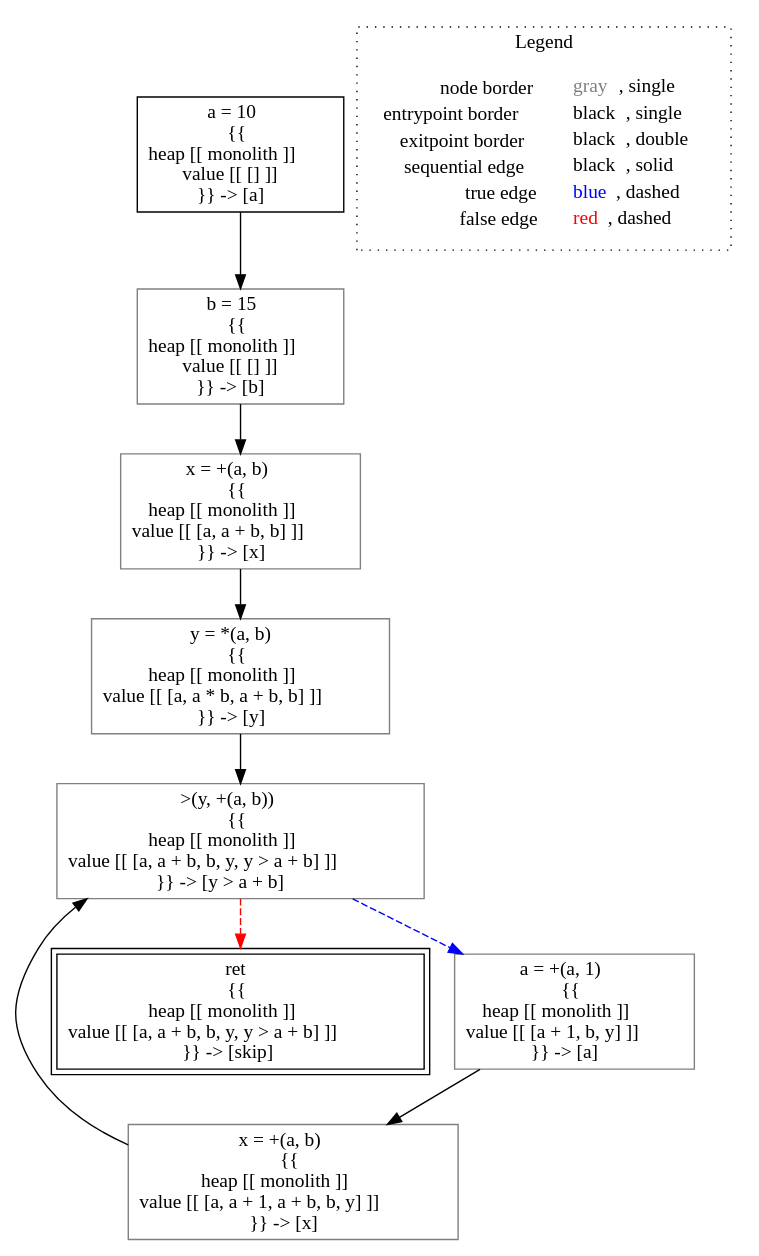
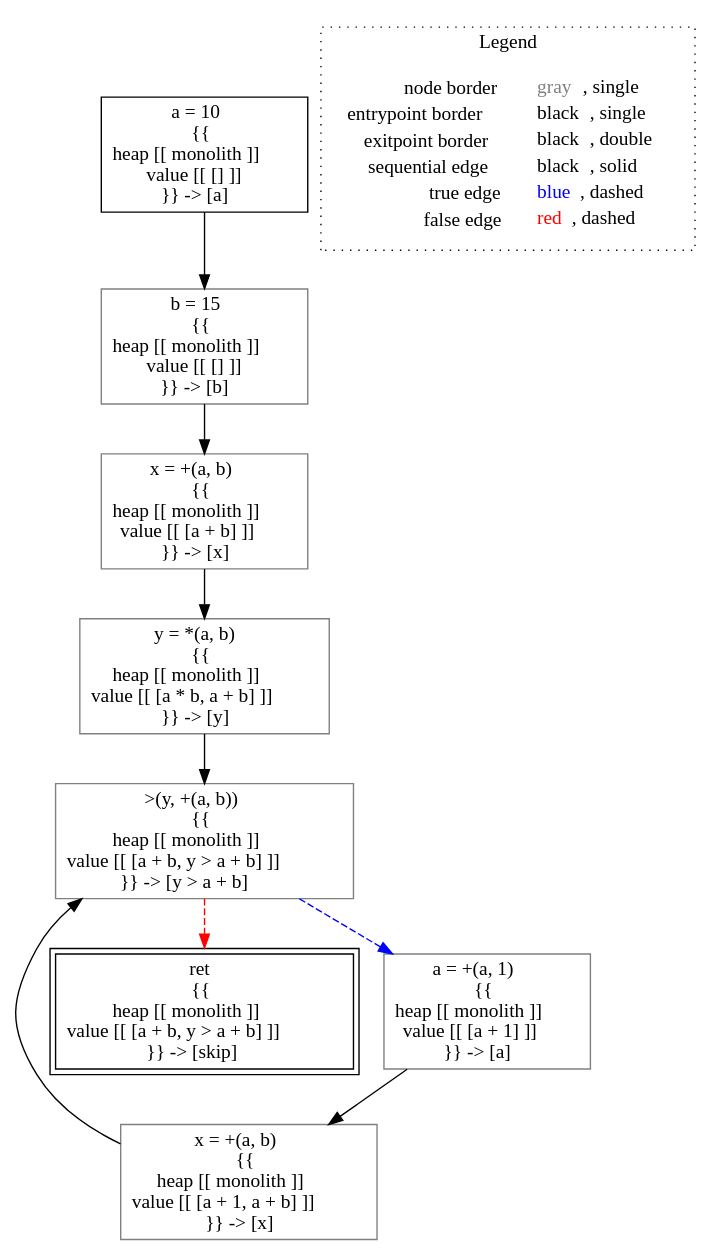
The diagram in outputs/analysis___untyped_AvailableExpressions.dataFlowTest(AvailableExpressions__this).dot (lucaneg/scsr-2022), drawn with Graphviz before and after one commit. The commit also changed 4 other files, not shown here.

```diff
--- a/outputs/analysis___untyped_AvailableExpressions.dataFlowTest(AvailableExpressions__this).dot
+++ b/outputs/analysis___untyped_AvailableExpressions.dataFlowTest(AvailableExpressions__this).dot
@@ -1,25 +1,25 @@
 digraph {
 	"node0" [shape="rect",color="black",label=<a = 10<BR/>{{<BR/>heap [[ monolith ]]<BR/>value [[ [] ]]<BR/>}} -&gt; [a]>];
-	"node1" [shape="rect",color="gray",label=<x = +(a, b)<BR/>{{<BR/>heap [[ monolith ]]<BR/>value [[ [a, a + 1, a + b, b, y] ]]<BR/>}} -&gt; [x]>];
-	"node2" [shape="rect",color="black",peripheries="2",label=<ret<BR/>{{<BR/>heap [[ monolith ]]<BR/>value [[ [a, a + b, b, y, y &gt; a + b] ]]<BR/>}} -&gt; [skip]>];
+	"node1" [shape="rect",color="gray",label=<x = +(a, b)<BR/>{{<BR/>heap [[ monolith ]]<BR/>value [[ [a + 1, a + b] ]]<BR/>}} -&gt; [x]>];
+	"node2" [shape="rect",color="black",peripheries="2",label=<ret<BR/>{{<BR/>heap [[ monolith ]]<BR/>value [[ [a + b, y &gt; a + b] ]]<BR/>}} -&gt; [skip]>];
 	"node3" [shape="rect",color="gray",label=<b = 15<BR/>{{<BR/>heap [[ monolith ]]<BR/>value [[ [] ]]<BR/>}} -&gt; [b]>];
-	"node4" [shape="rect",color="gray",label=<&gt;(y, +(a, b))<BR/>{{<BR/>heap [[ monolith ]]<BR/>value [[ [a, a + b, b, y, y &gt; a + b] ]]<BR/>}} -&gt; [y &gt; a + b]>];
-	"node5" [shape="rect",color="gray",label=<x = +(a, b)<BR/>{{<BR/>heap [[ monolith ]]<BR/>value [[ [a, a + b, b] ]]<BR/>}} -&gt; [x]>];
-	"node6" [shape="rect",color="gray",label=<y = *(a, b)<BR/>{{<BR/>heap [[ monolith ]]<BR/>value [[ [a, a * b, a + b, b] ]]<BR/>}} -&gt; [y]>];
-	"node7" [shape="rect",color="gray",label=<a = +(a, 1)<BR/>{{<BR/>heap [[ monolith ]]<BR/>value [[ [a + 1, b, y] ]]<BR/>}} -&gt; [a]>];
+	"node4" [shape="rect",color="gray",label=<&gt;(y, +(a, b))<BR/>{{<BR/>heap [[ monolith ]]<BR/>value [[ [a + b, y &gt; a + b] ]]<BR/>}} -&gt; [y &gt; a + b]>];
+	"node5" [shape="rect",color="gray",label=<x = +(a, b)<BR/>{{<BR/>heap [[ monolith ]]<BR/>value [[ [a + b] ]]<BR/>}} -&gt; [x]>];
+	"node6" [shape="rect",color="gray",label=<y = *(a, b)<BR/>{{<BR/>heap [[ monolith ]]<BR/>value [[ [a * b, a + b] ]]<BR/>}} -&gt; [y]>];
+	"node7" [shape="rect",color="gray",label=<a = +(a, 1)<BR/>{{<BR/>heap [[ monolith ]]<BR/>value [[ [a + 1] ]]<BR/>}} -&gt; [a]>];
 	"node1" -> "node4" [color="black"];
 	"node0" -> "node3" [color="black"];
 	"node3" -> "node5" [color="black"];
 	"node4" -> "node2" [color="red",style="dashed"];
 	"node4" -> "node7" [color="blue",style="dashed"];
 	"node5" -> "node6" [color="black"];
 	"node6" -> "node4" [color="black"];
 	"node7" -> "node1" [color="black"];
 subgraph cluster_legend {
 	label="Legend";
 	style=dotted;
 	node [shape=plaintext];
 	"legend" [label=<<table border="0" cellpadding="2" cellspacing="0" cellborder="0"><tr><td align="right">node border&nbsp;</td><td align="left"><font color="gray">gray</font>, single</td></tr><tr><td align="right">entrypoint border&nbsp;</td><td align="left"><font color="black">black</font>, single</td></tr><tr><td align="right">exitpoint border&nbsp;</td><td align="left"><font color="black">black</font>, double</td></tr><tr><td align="right">sequential edge&nbsp;</td><td align="left"><font color="black">black</font>, solid</td></tr><tr><td align="right">true edge&nbsp;</td><td align="left"><font color="blue">blue</font>, dashed</td></tr><tr><td align="right">false edge&nbsp;</td><td align="left"><font color="red">red</font>, dashed</td></tr></table>>];
 }
 
 }
```
